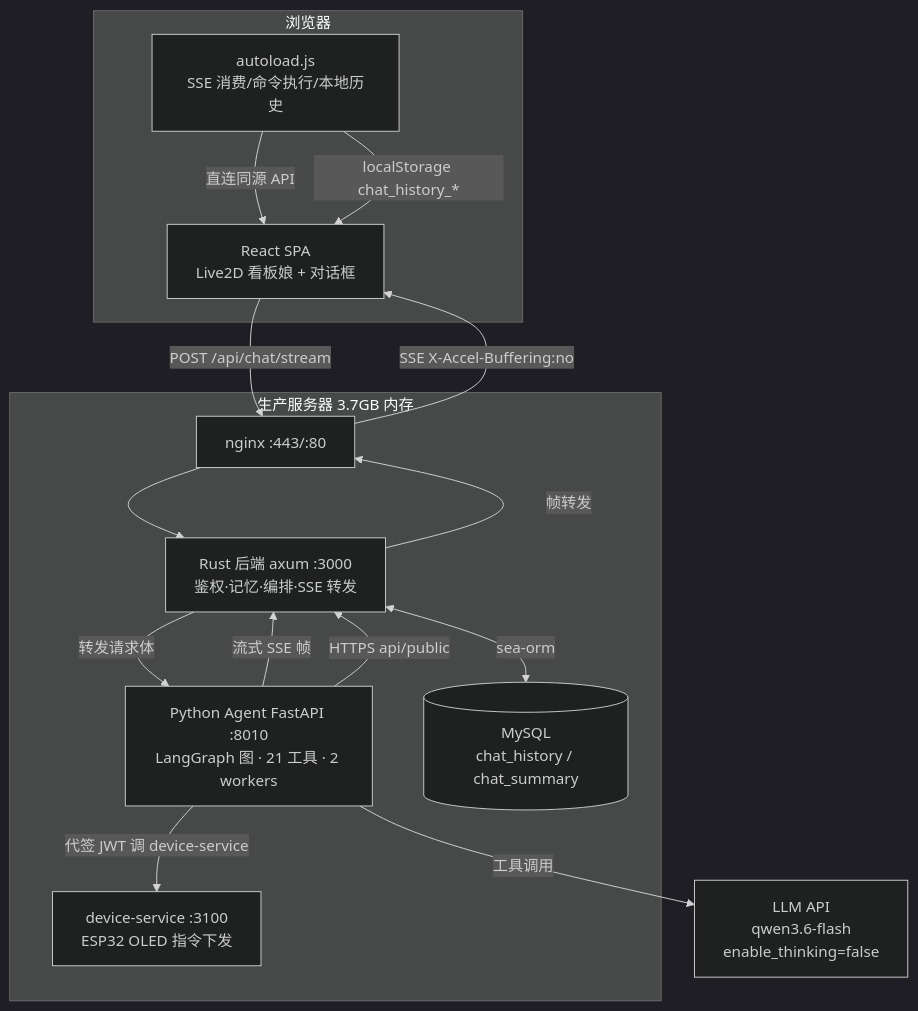
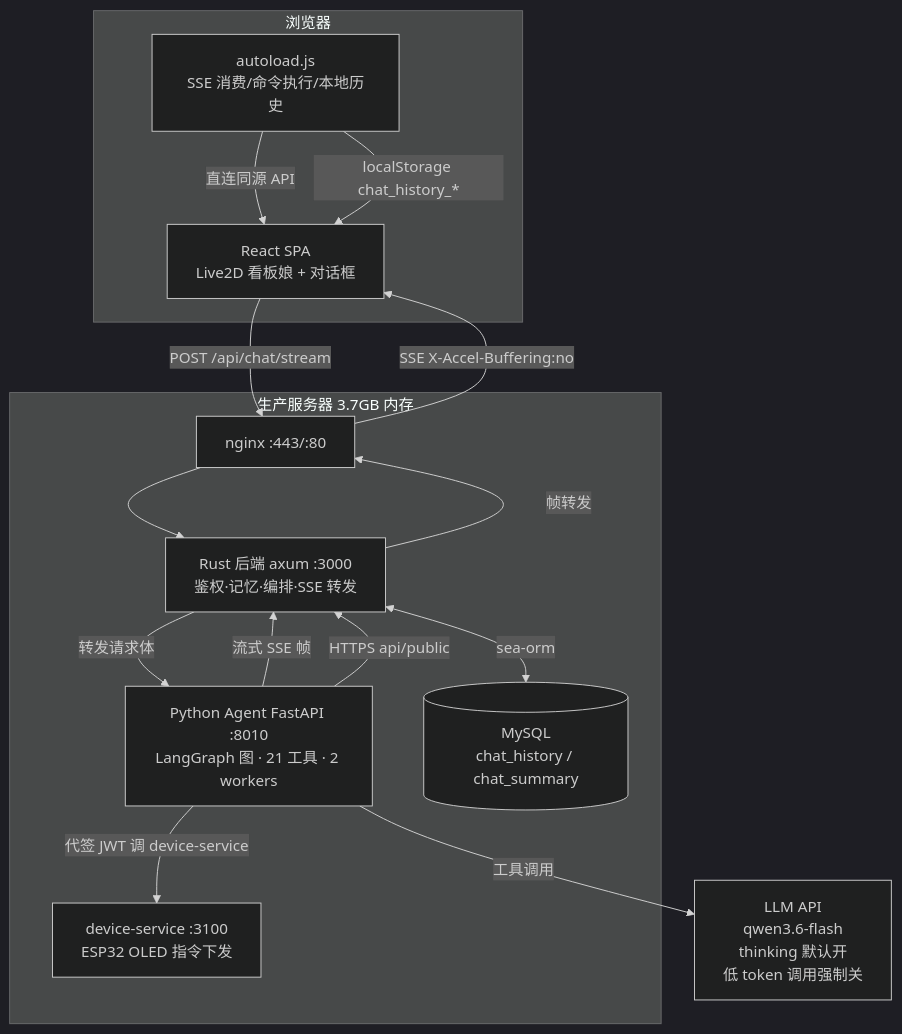
The first of 5 diagrams in docs/agent-architecture.md (BigLeopardCat/saudade-blog-agent), drawn with Mermaid (dark theme) before and after one commit. The commit also changed other lines of this file and 2 other files, not shown here.

````diff
--- a/docs/agent-architecture.md
+++ b/docs/agent-architecture.md
@@ -19,30 +20,30 @@
 ```mermaid
 flowchart TB
     subgraph Browser[浏览器]
         UI[React SPA<br/>Live2D 看板娘 + 对话框]
         AJS[autoload.js<br/>SSE 消费/命令执行/本地历史]
     end
 
     subgraph Server[生产服务器 3.7GB 内存]
         NGX[nginx :443/:80]
         RUST[Rust 后端 axum :3000<br/>鉴权·记忆·编排·SSE 转发]
         AGT[Python Agent FastAPI :8010<br/>LangGraph 图 · 21 工具 · 2 workers]
         MYSQL[(MySQL<br/>chat_history / chat_summary)]
         DEV[device-service :3100<br/>ESP32 OLED 指令下发]
     end
 
-    LLM[LLM API<br/>qwen3.6-flash<br/>enable_thinking=false]
+    LLM[LLM API<br/>qwen3.6-flash<br/>thinking 默认开<br/>低 token 调用强制关]
 
     UI -->|POST /api/chat/stream| NGX
     NGX --> RUST
     RUST -->|转发请求体| AGT
     AGT -->|流式 SSE 帧| RUST
     RUST -->|帧转发| NGX
     NGX -->|SSE X-Accel-Buffering:no| UI
     AJS -->|直连同源 API| UI
     RUST <-->|sea-orm| MYSQL
     AGT -->|工具调用| LLM
     AGT -->|HTTPS api/public| RUST
     AGT -->|代签 JWT 调 device-service| DEV
     AJS -->|localStorage chat_history_*| UI
 ```
````
